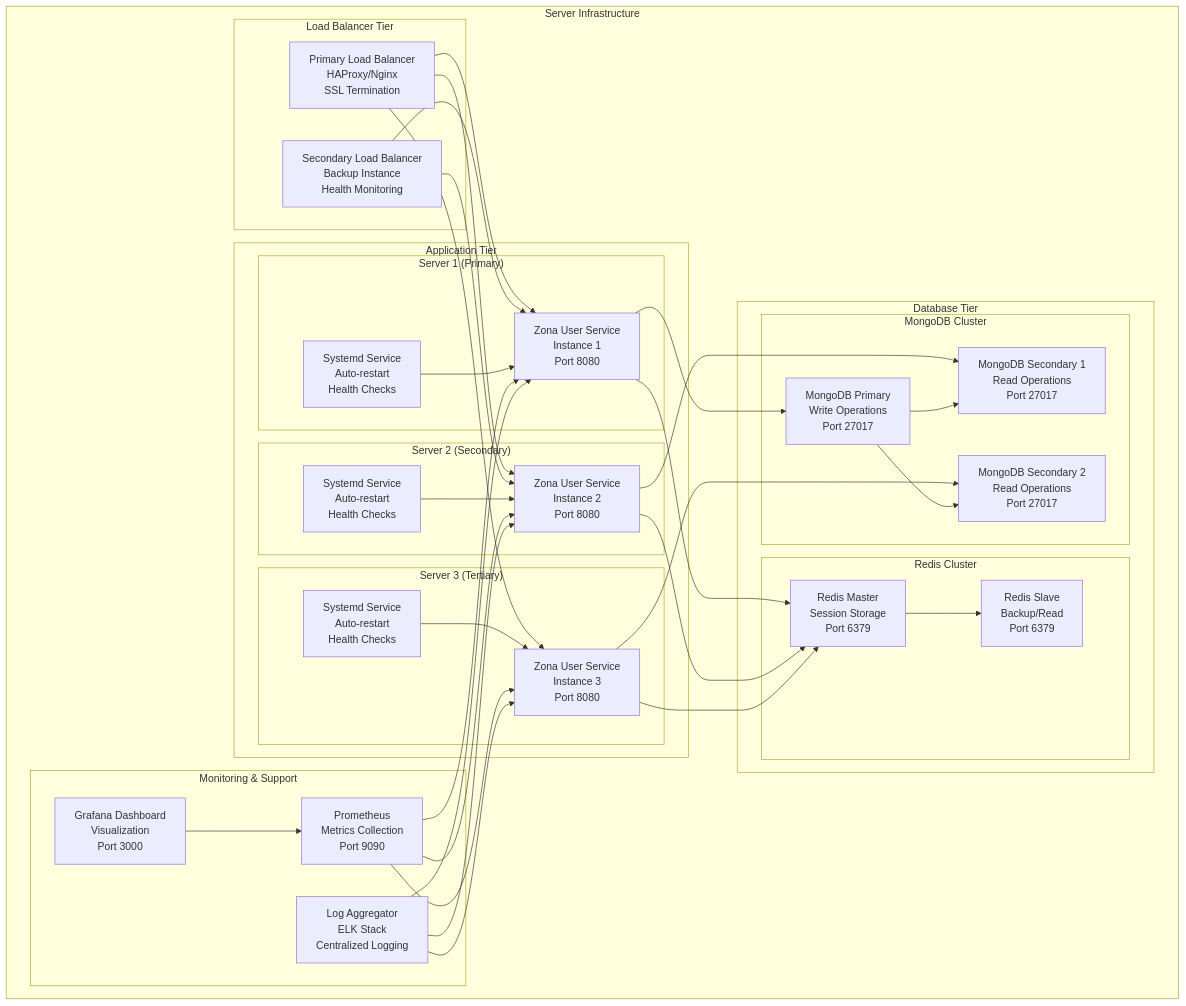
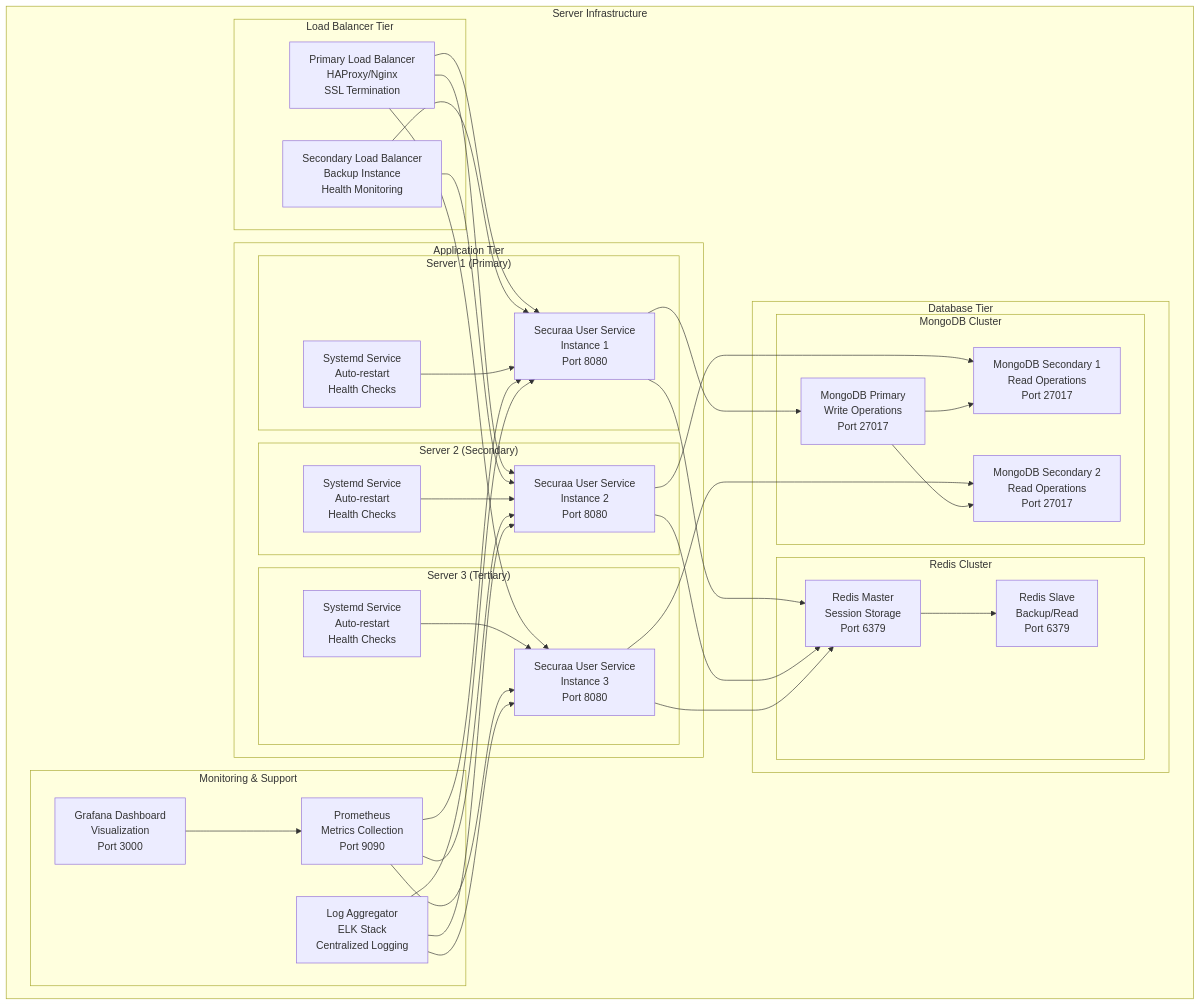
The tenth of 17 diagrams in securaa-user-low-level-design.md (Vishwa0220/securaa-internal-documents), drawn with Mermaid before and after one commit. The commit also changed other lines of this file and 20 other files, not shown here.

Commit message:
Replace HLD/LLD abbreviations with full names and update all zona references to securaa

````diff
--- a/securaa-user-low-level-design.md
+++ b/securaa-user-low-level-design.md
@@ -735,81 +735,81 @@
 ```mermaid
 graph TB
     subgraph "Server Infrastructure"
         subgraph "Load Balancer Tier"
             LB_PRIMARY[Primary Load Balancer<br/>HAProxy/Nginx<br/>SSL Termination]
             LB_SECONDARY[Secondary Load Balancer<br/>Backup Instance<br/>Health Monitoring]
         end
         
         subgraph "Application Tier"
             subgraph "Server 1 (Primary)"
-                APP1[Zona User Service<br/>Instance 1<br/>Port 8080]
+                APP1[Securaa User Service<br/>Instance 1<br/>Port 8080]
                 SYSTEMD1[Systemd Service<br/>Auto-restart<br/>Health Checks]
             end
             
             subgraph "Server 2 (Secondary)"
-                APP2[Zona User Service<br/>Instance 2<br/>Port 8080]
+                APP2[Securaa User Service<br/>Instance 2<br/>Port 8080]
                 SYSTEMD2[Systemd Service<br/>Auto-restart<br/>Health Checks]
             end
             
             subgraph "Server 3 (Tertiary)"
-                APP3[Zona User Service<br/>Instance 3<br/>Port 8080]
+                APP3[Securaa User Service<br/>Instance 3<br/>Port 8080]
                 SYSTEMD3[Systemd Service<br/>Auto-restart<br/>Health Checks]
             end
         end
         
         subgraph "Database Tier"
             subgraph "MongoDB Cluster"
                 MONGO_PRIMARY[MongoDB Primary<br/>Write Operations<br/>Port 27017]
                 MONGO_SECONDARY1[MongoDB Secondary 1<br/>Read Operations<br/>Port 27017]
                 MONGO_SECONDARY2[MongoDB Secondary 2<br/>Read Operations<br/>Port 27017]
             end
             
             subgraph "Redis Cluster"
                 REDIS_MASTER[Redis Master<br/>Session Storage<br/>Port 6379]
                 REDIS_SLAVE[Redis Slave<br/>Backup/Read<br/>Port 6379]
             end
         end
         
         subgraph "Monitoring & Support"
             PROMETHEUS[Prometheus<br/>Metrics Collection<br/>Port 9090]
             GRAFANA[Grafana Dashboard<br/>Visualization<br/>Port 3000]
             LOG_AGGREGATOR[Log Aggregator<br/>ELK Stack<br/>Centralized Logging]
         end
     end
     
     %% Load Balancer Connections
     LB_PRIMARY --> APP1
     LB_PRIMARY --> APP2
     LB_PRIMARY --> APP3
     LB_SECONDARY --> APP1
     LB_SECONDARY --> APP2
     
     %% Service Management
     SYSTEMD1 --> APP1
     SYSTEMD2 --> APP2
     SYSTEMD3 --> APP3
     
     %% Database Connections
     APP1 --> MONGO_PRIMARY
     APP2 --> MONGO_SECONDARY1
     APP3 --> MONGO_SECONDARY2
     
     APP1 --> REDIS_MASTER
     APP2 --> REDIS_MASTER
     APP3 --> REDIS_MASTER
     
     %% Database Replication
     MONGO_PRIMARY --> MONGO_SECONDARY1
     MONGO_PRIMARY --> MONGO_SECONDARY2
     REDIS_MASTER --> REDIS_SLAVE
     
     %% Monitoring Connections
     PROMETHEUS --> APP1
     PROMETHEUS --> APP2
     PROMETHEUS --> APP3
     GRAFANA --> PROMETHEUS
     
     LOG_AGGREGATOR --> APP1
     LOG_AGGREGATOR --> APP2
     LOG_AGGREGATOR --> APP3
 ```
````
